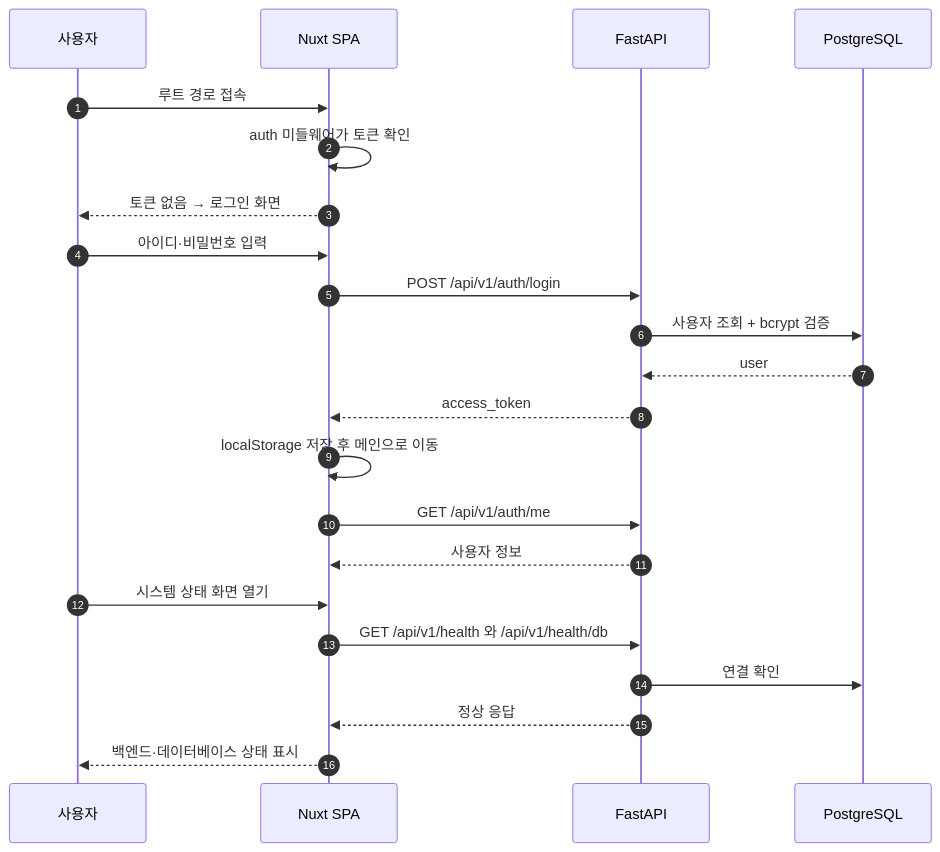
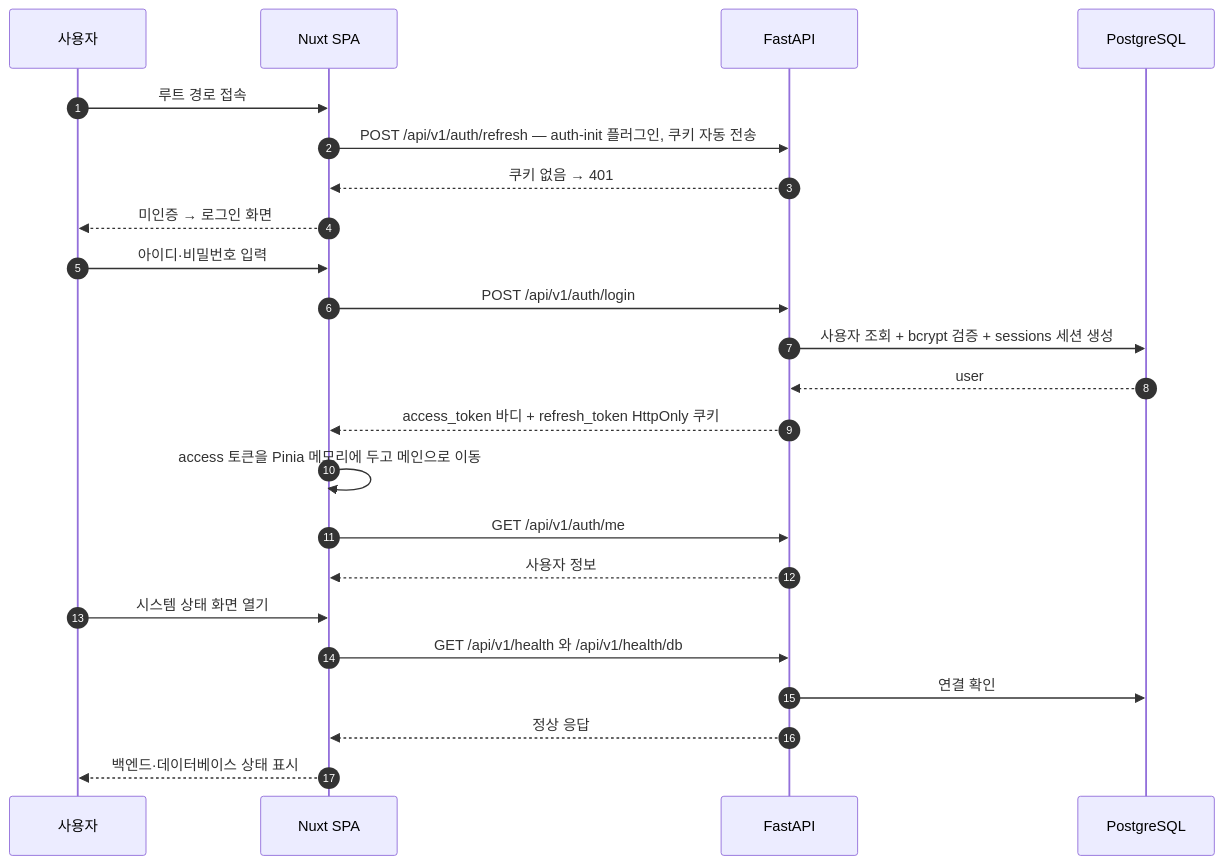
Before and after one commit to al8bright/fastapi-nuxt-pg-starter: the third of 4 diagrams in README.md, drawn with Mermaid. The commit also changed other lines of this file and 32 other files, not shown here.

First line of the commit message:
[Behavioral] feat: refresh 회전 + httpOnly DB 세션 인증, 보안 강화

````diff
--- a/README.md
+++ b/README.md
@@ -94,25 +95,26 @@
 ```mermaid
 sequenceDiagram
     autonumber
     participant U as 사용자
     participant F as Nuxt SPA
     participant A as FastAPI
     participant D as PostgreSQL
 
     U->>F: 루트 경로 접속
-    F->>F: auth 미들웨어가 토큰 확인
-    F-->>U: 토큰 없음 → 로그인 화면
+    F->>A: POST /api/v1/auth/refresh — auth-init 플러그인, 쿠키 자동 전송
+    A-->>F: 쿠키 없음 → 401
+    F-->>U: 미인증 → 로그인 화면
     U->>F: 아이디·비밀번호 입력
     F->>A: POST /api/v1/auth/login
-    A->>D: 사용자 조회 + bcrypt 검증
+    A->>D: 사용자 조회 + bcrypt 검증 + sessions 세션 생성
     D-->>A: user
-    A-->>F: access_token
-    F->>F: localStorage 저장 후 메인으로 이동
+    A-->>F: access_token 바디 + refresh_token HttpOnly 쿠키
+    F->>F: access 토큰을 Pinia 메모리에 두고 메인으로 이동
     F->>A: GET /api/v1/auth/me
     A-->>F: 사용자 정보
     U->>F: 시스템 상태 화면 열기
     F->>A: GET /api/v1/health 와 /api/v1/health/db
     A->>D: 연결 확인
     A-->>F: 정상 응답
     F-->>U: 백엔드·데이터베이스 상태 표시
 ```
````
